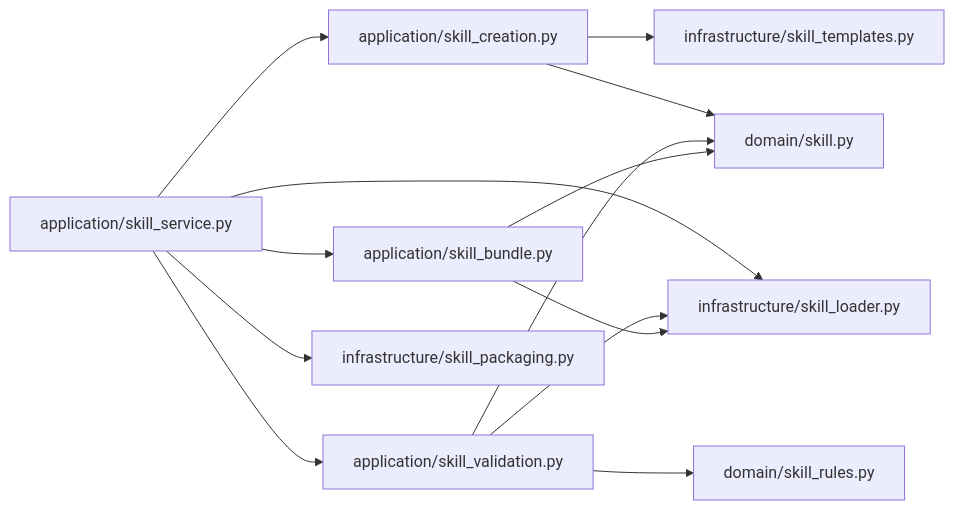
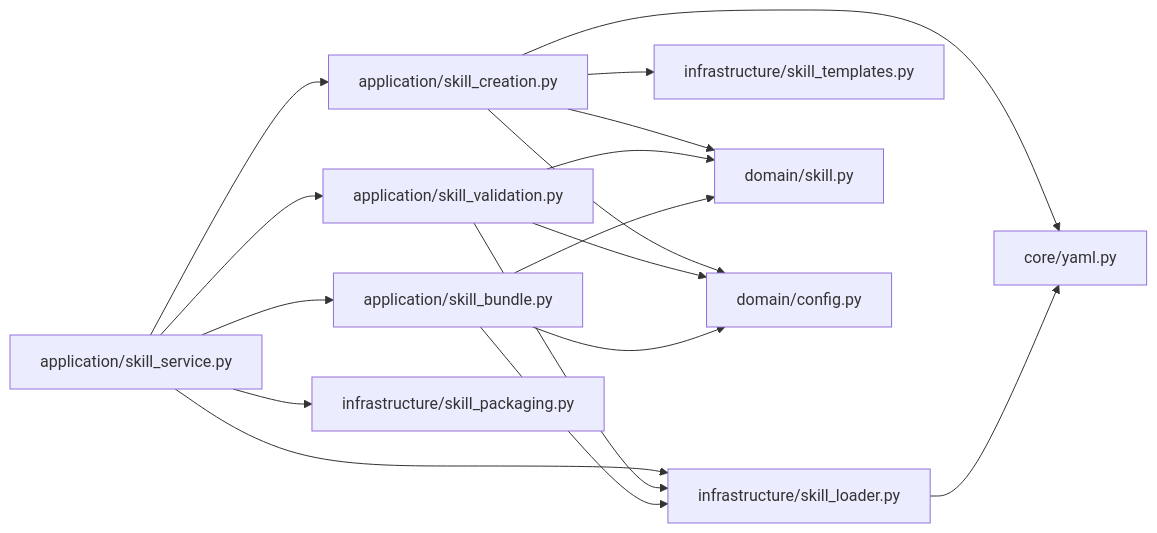
One commit to nyml2003/work-context changed the fifth of 5 diagrams in docs/architecture.md. Above: the diagram before and after it, drawn with Mermaid. The commit also changed other lines of this file and 25 other files, not shown here.

Commit message:
Refactor config and validation to application layer

````diff
--- a/docs/architecture.md
+++ b/docs/architecture.md
@@ -300,25 +291,30 @@
 ```mermaid
 flowchart LR
     SkillService["application/skill_service.py"]
     Creation["application/skill_creation.py"]
     Validation["application/skill_validation.py"]
     Bundle["application/skill_bundle.py"]
     Loader["infrastructure/skill_loader.py"]
     Packaging["infrastructure/skill_packaging.py"]
     Templates["infrastructure/skill_templates.py"]
     SkillDomain["domain/skill.py"]
-    Rules["domain/skill_rules.py"]
+    ConfigDomain["domain/config.py"]
+    CoreYaml["core/yaml.py"]
 
     SkillService --> Creation
     SkillService --> Validation
     SkillService --> Bundle
     SkillService --> Loader
     SkillService --> Packaging
     Creation --> Templates
     Creation --> SkillDomain
+    Creation --> ConfigDomain
+    Creation --> CoreYaml
     Validation --> Loader
-    Validation --> Rules
     Validation --> SkillDomain
+    Validation --> ConfigDomain
     Bundle --> Loader
     Bundle --> SkillDomain
+    Bundle --> ConfigDomain
+    Loader --> CoreYaml
 ```
````
